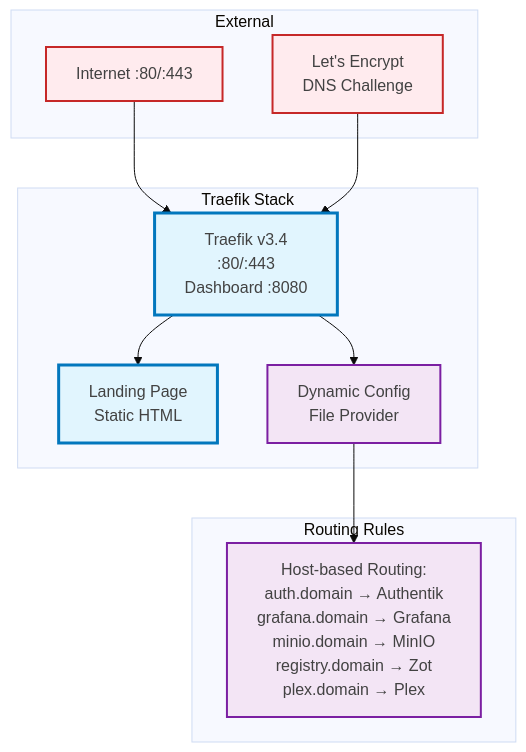
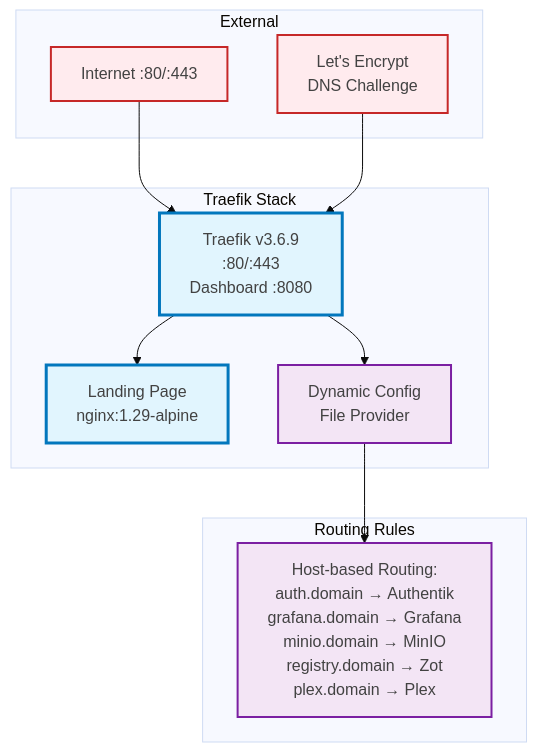
Before and after one commit to mkm29/registry: the diagram in docs/stacks/traefik.md, drawn with Mermaid (base theme). The commit also changed other lines of this file and 98 other files, not shown here.

````diff
--- a/docs/stacks/traefik.md
+++ b/docs/stacks/traefik.md
@@ -5,36 +5,36 @@
 ```mermaid
 graph TB
     subgraph "External"
         Internet[Internet :80/:443]
         LE[Let's Encrypt<br/>DNS Challenge]
     end
 
     subgraph "Traefik Stack"
-        Traefik[Traefik v3.4<br/>:80/:443<br/>Dashboard :8080]
-        Landing[Landing Page<br/>Static HTML]
+        Traefik[Traefik v3.6.9<br/>:80/:443<br/>Dashboard :8080]
+        Landing[Landing Page<br/>nginx:1.29-alpine]
         Config[Dynamic Config<br/>File Provider]
     end
 
     subgraph "Routing Rules"
         Rules["`Host-based Routing:
         auth.domain → Authentik
         grafana.domain → Grafana
         minio.domain → MinIO
         registry.domain → Zot
         plex.domain → Plex`"]
     end
 
     Internet --> Traefik
     LE --> Traefik
     Traefik --> Landing
     Traefik --> Config
     Config --> Rules
 
     classDef external fill:#ffebee,stroke:#c62828,stroke-width:2px,color:#424242
     classDef proxy fill:#e1f5fe,stroke:#0277bd,stroke-width:3px,color:#424242
     classDef config fill:#f3e5f5,stroke:#7b1fa2,stroke-width:2px,color:#424242
 
     class Internet,LE external
     class Traefik,Landing proxy
     class Config,Rules config
 ```
````
